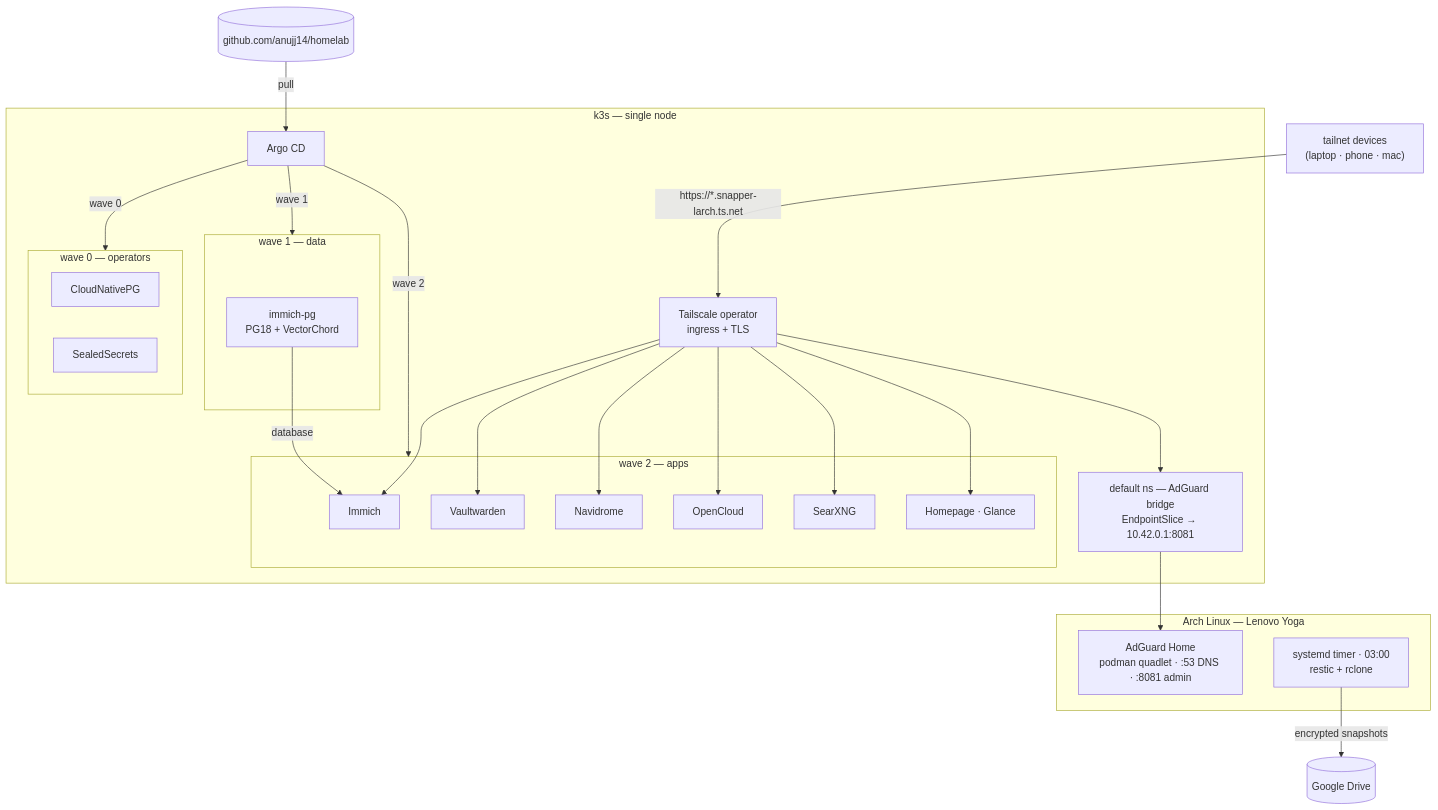
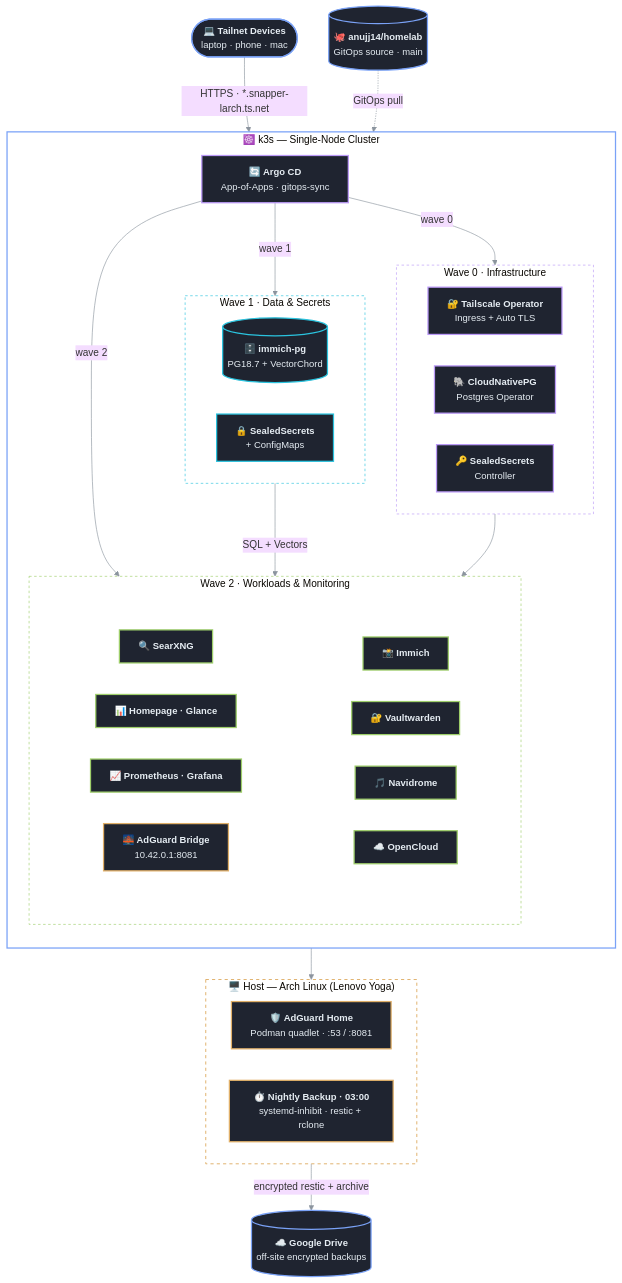
The diagram in README.md (anujj14/homelab), drawn with Mermaid before and after one commit. The commit also changed other lines of this file and 6 other files, not shown here.

````diff
--- a/README.md
+++ b/README.md
@@ -26,47 +26,74 @@
 ```mermaid
+%%{init: {'theme': 'base', 'themeVariables': { 'fontSize': '16px', 'fontFamily': 'ui-sans-serif, system-ui, sans-serif', 'lineColor': '#8b949e' }}}%%
 flowchart TB
-    client["tailnet devices<br/>(laptop · phone · mac)"]
+    client(["<b>💻 Tailnet Devices</b><br/>laptop · phone · mac"]):::external
+    git[("<b>🐙 anujj14/homelab</b><br/>GitOps source · main")]:::external
+    drive[("<b>☁️ Google Drive</b><br/>off-site encrypted backups")]:::external
 
-    subgraph host["Arch Linux — Lenovo Yoga"]
-        adguard["AdGuard Home<br/>podman quadlet · :53 DNS · :8081 admin"]
-        timer["systemd timer · 03:00<br/>restic + rclone"]
+    subgraph host["🖥️ Host — Arch Linux (Lenovo Yoga)"]
+        direction LR
+        adguard["<b>🛡️ AdGuard Home</b><br/>Podman quadlet · :53 / :8081"]:::hostNode
+        timer["<b>⏱️ Nightly Backup · 03:00</b><br/>systemd-inhibit · restic + rclone"]:::hostNode
     end
 
-    subgraph k3s["k3s — single node"]
-        tsop["Tailscale operator<br/>ingress + TLS"]
-        argocd["Argo CD"]
+    subgraph k3s["☸️ k3s — Single-Node Cluster"]
+        direction TB
+        argocd["<b>🔄 Argo CD</b><br/>App-of-Apps · gitops-sync"]:::core
 
-        subgraph w0["wave 0 — operators"]
-            cnpg["CloudNativePG"]
-            sealed["SealedSecrets"]
+        subgraph w0["Wave 0 · Infrastructure"]
+            direction LR
+            tsop["<b>🔐 Tailscale Operator</b><br/>Ingress + Auto TLS"]:::core
+            cnpg["<b>🐘 CloudNativePG</b><br/>Postgres Operator"]:::core
+            sealed["<b>🔑 SealedSecrets</b><br/>Controller"]:::core
         end
 
-        subgraph w1["wave 1 — data"]
-            pg["immich-pg<br/>PG18 + VectorChord"]
+        subgraph w1["Wave 1 · Data & Secrets"]
+            direction LR
+            pg[("<b>🗄️ immich-pg</b><br/>PG18.7 + VectorChord")]:::data
+            ss["<b>🔒 SealedSecrets</b><br/>+ ConfigMaps"]:::data
         end
 
-        subgraph w2["wave 2 — apps"]
-            immich["Immich"]
-            vault["Vaultwarden"]
-            nav["Navidrome"]
-            oc["OpenCloud"]
-            sx["SearXNG"]
-            dash["Homepage · Glance"]
+        subgraph w2["Wave 2 · Workloads & Monitoring"]
+            direction TB
+            subgraph w2a[" "]
+                direction LR
+                immich["<b>📸 Immich</b>"]:::app
+                vault["<b>🔐 Vaultwarden</b>"]:::app
+                nav["<b>🎵 Navidrome</b>"]:::app
+                oc["<b>☁️ OpenCloud</b>"]:::app
+            end
+            subgraph w2b[" "]
+                direction LR
+                sx["<b>🔍 SearXNG</b>"]:::app
+                dash["<b>📊 Homepage · Glance</b>"]:::app
+                obs["<b>📈 Prometheus · Grafana</b>"]:::app
+                bridge["<b>🌉 AdGuard Bridge</b><br/>10.42.0.1:8081"]:::hostNode
+            end
         end
-
-        bridge["default ns — AdGuard bridge<br/>EndpointSlice → 10.42.0.1:8081"]
     end
 
-    git[("github.com/anujj14/homelab")]
-    drive[("Google Drive")]
+    client -->|"HTTPS · *.snapper-larch.ts.net"| tsop
+    git -.->|"GitOps pull"| argocd
+    argocd -->|"wave 0"| w0
+    argocd -->|"wave 1"| w1
+    argocd -->|"wave 2"| w2
+    tsop --> w2
+    bridge --> adguard
+    pg -->|"SQL + Vectors"| immich
+    timer -->|"encrypted restic + archive"| drive
 
-    client -->|"https://*.snapper-larch.ts.net"| tsop
-    git -->|"pull"| argocd
-    argocd -->|wave 0| w0
-    argocd -->|wave 1| w1
-    argocd -->|wave 2| w2
-    tsop --> immich & vault & nav & oc & sx & dash & bridge
-    bridge --> adguard
-    pg -->|database| immich
-    timer -->|"encrypted snapshots"| drive
+    classDef external fill:#1f2430,stroke:#7aa2f7,stroke-width:2px,color:#e6edf3,font-size:15px
+    classDef hostNode fill:#1f2430,stroke:#e0af68,stroke-width:2px,color:#e6edf3,font-size:15px
+    classDef core fill:#1f2430,stroke:#bb9af7,stroke-width:2px,color:#e6edf3,font-size:15px
+    classDef data fill:#1f2430,stroke:#2ac3de,stroke-width:2px,color:#e6edf3,font-size:15px
+    classDef app fill:#1f2430,stroke:#9ece6a,stroke-width:2px,color:#e6edf3,font-size:15px
+
+    style host fill:transparent,stroke:#e0af68,stroke-width:1.5px,stroke-dasharray:5 5
+    style k3s fill:transparent,stroke:#7aa2f7,stroke-width:2px
+    style w0 fill:transparent,stroke:#bb9af7,stroke-dasharray:4 4
+    style w1 fill:transparent,stroke:#2ac3de,stroke-dasharray:4 4
+    style w2 fill:transparent,stroke:#9ece6a,stroke-dasharray:4 4
+    style w2a fill:transparent,stroke:none
+    style w2b fill:transparent,stroke:none
+
 ```
````
